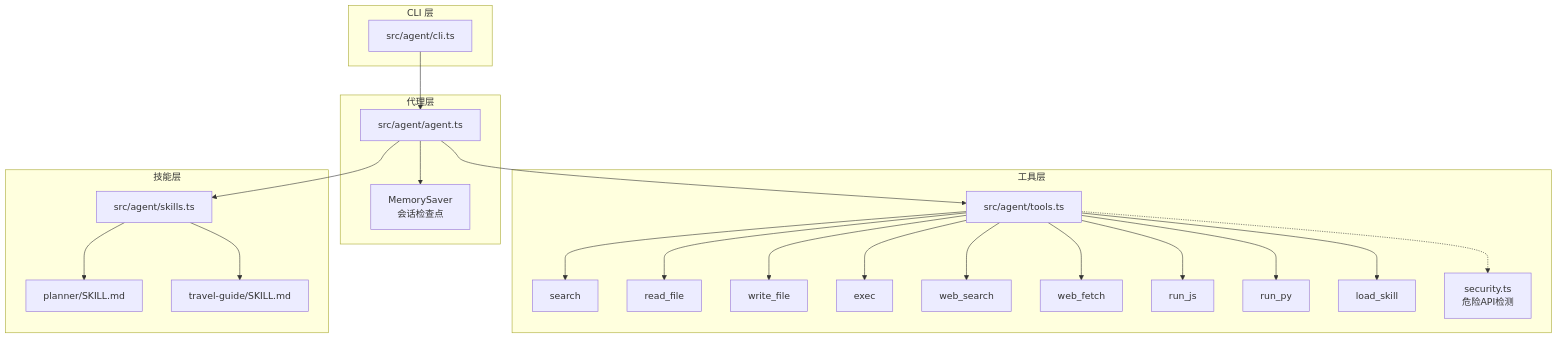
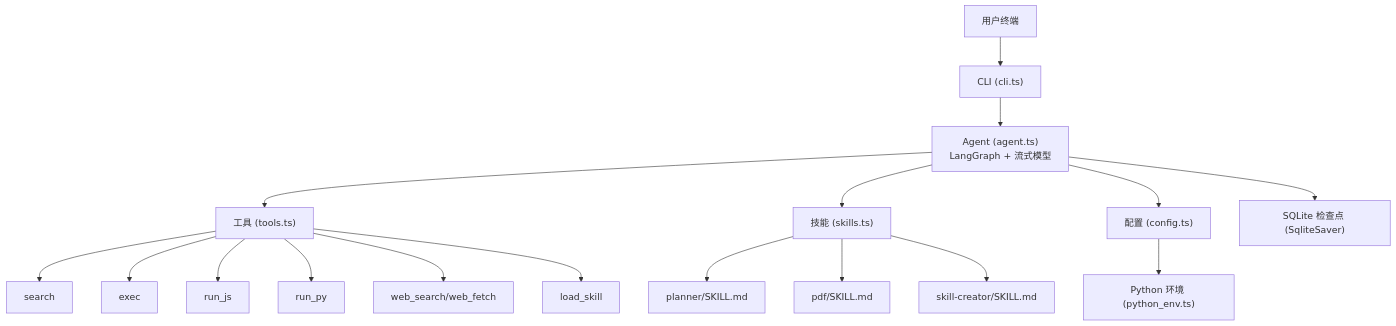
One commit to HAOFUYANG/onion-code changed the second of 7 diagrams in .qoder/repowiki/zh/content/项目概述.md. Above: the diagram before and after it, drawn with Mermaid. The commit also changed other lines of this file and 58 other files, not shown here.

````diff
--- a/.qoder/repowiki/zh/content/项目概述.md
+++ b/.qoder/repowiki/zh/content/项目概述.md
@@ -138,44 +145,19 @@
 ```mermaid
 graph TB
-subgraph "CLI 层"
-CLI["src/agent/cli.ts"]
-end
-subgraph "代理层"
-AG["src/agent/agent.ts"]
-MEM["MemorySaver<br/>会话检查点"]
-end
-subgraph "工具层"
-T["src/agent/tools.ts"]
-T1["search"]
-T2["read_file"]
-T3["write_file"]
-T4["exec"]
-T5["web_search"]
-T6["web_fetch"]
-T7["run_js"]
-T8["run_py"]
-T9["load_skill"]
-SEC["security.ts<br/>危险API检测"]
-end
-subgraph "技能层"
-SK["src/agent/skills.ts"]
-SK1["planner/SKILL.md"]
-SK2["travel-guide/SKILL.md"]
-end
-CLI --> AG
-AG --> MEM
-AG --> T
-T --> T1
-T --> T2
-T --> T3
-T --> T4
-T --> T5
-T --> T6
-T --> T7
-T --> T8
-T --> T9
-T -.-> SEC
-AG --> SK
-SK --> SK1
-SK --> SK2
+A["用户终端"] --> B["CLI (cli.ts)"]
+B --> C["Agent (agent.ts)<br/>LangGraph + 流式模型"]
+C --> D["工具 (tools.ts)"]
+D --> D1["search"]
+D --> D2["exec"]
+D --> D3["run_js"]
+D --> D4["run_py"]
+D --> D5["web_search/web_fetch"]
+D --> D6["load_skill"]
+C --> E["技能 (skills.ts)"]
+E --> E1["planner/SKILL.md"]
+E --> E2["pdf/SKILL.md"]
+E --> E3["skill-creator/SKILL.md"]
+C --> F["配置 (config.ts)"]
+F --> G["Python 环境 (python_env.ts)"]
+C --> H["SQLite 检查点 (SqliteSaver)"]
 ```
````
